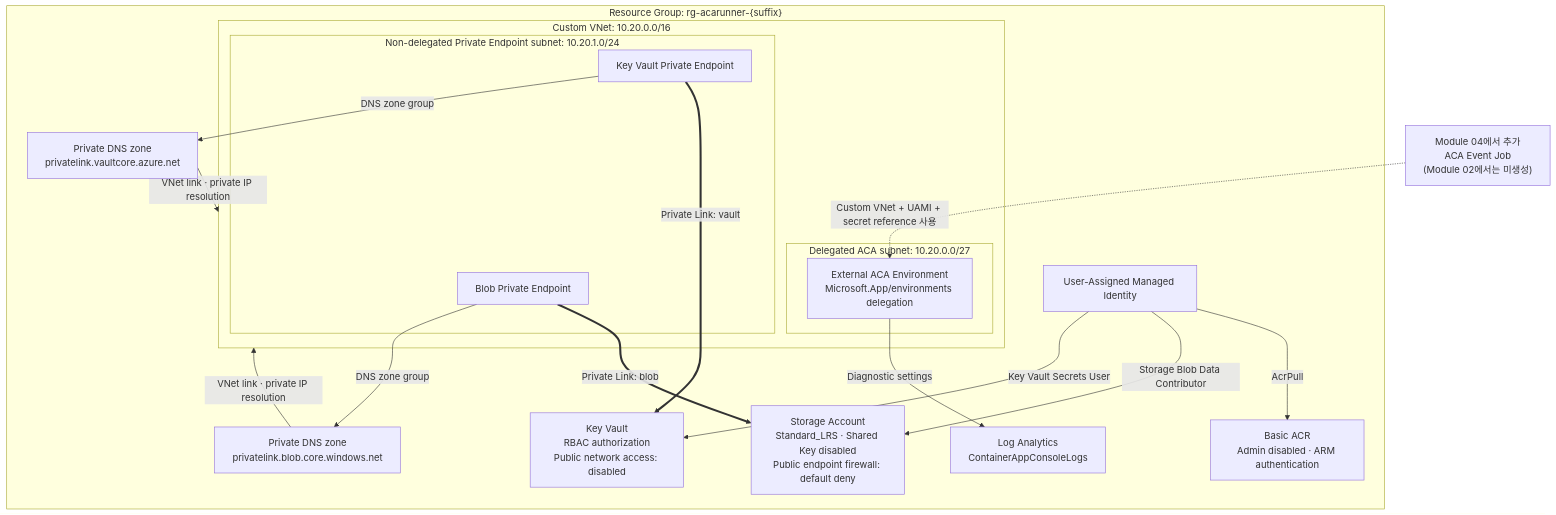
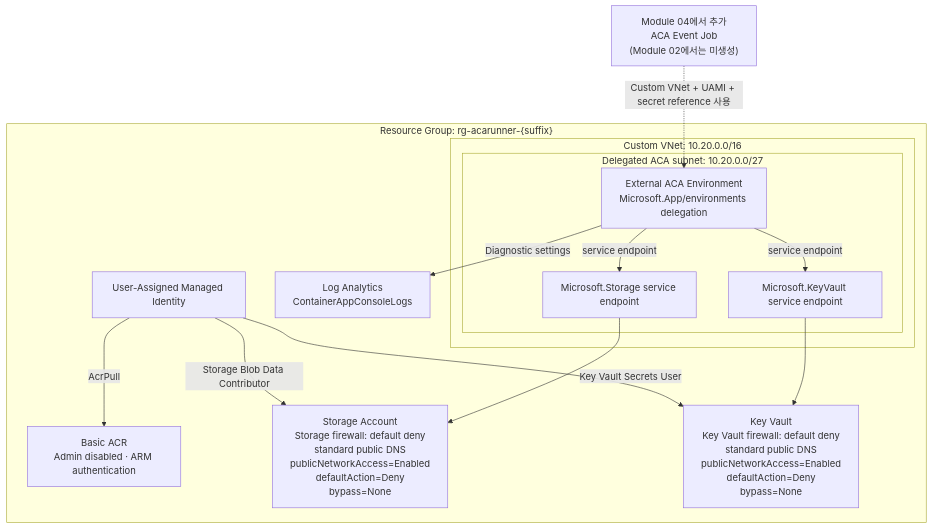
The diagram in docs/02-azure-foundation.md (freeman9844/aca-github-runner-workshop-private), drawn with Mermaid before and after one commit. The commit also changed other lines of this file and 6 other files, not shown here.

Commit message:
docs: replace Private Link foundation with service endpoints

````diff
--- a/docs/02-azure-foundation.md
+++ b/docs/02-azure-foundation.md
@@ -11,38 +9,30 @@
 ```mermaid
 flowchart TB
   next["Module 04에서 추가<br/>ACA Event Job<br/>(Module 02에서는 미생성)"]
 
   subgraph rg["Resource Group: rg-acarunner-{suffix}"]
     log["Log Analytics<br/>ContainerAppConsoleLogs"]
     acr["Basic ACR<br/>Admin disabled · ARM authentication"]
     uami["User-Assigned Managed Identity"]
-    storage["Storage Account<br/>Standard_LRS · Shared Key disabled<br/>Public endpoint firewall: default deny"]
-    kv["Key Vault<br/>RBAC authorization<br/>Public network access: disabled"]
+    storage["Storage Account<br/>Storage firewall: default deny<br/>standard public DNS<br/>publicNetworkAccess=Enabled<br/>defaultAction=Deny<br/>bypass=None"]
+    kv["Key Vault<br/>Key Vault firewall: default deny<br/>standard public DNS<br/>publicNetworkAccess=Enabled<br/>defaultAction=Deny<br/>bypass=None"]
 
     subgraph vnet["Custom VNet: 10.20.0.0/16"]
       subgraph acaSubnet["Delegated ACA subnet: 10.20.0.0/27"]
         env["External ACA Environment<br/>Microsoft.App/environments delegation"]
-      end
-
-      subgraph peSubnet["Non-delegated Private Endpoint subnet: 10.20.1.0/24"]
-        bpe["Blob Private Endpoint"]
-        kvpe["Key Vault Private Endpoint"]
+        storageSe["Microsoft.Storage service endpoint"]
+        keyVaultSe["Microsoft.KeyVault service endpoint"]
       end
     end
-
-    bdns["Private DNS zone<br/>privatelink.blob.core.windows.net"]
-    kvdns["Private DNS zone<br/>privatelink.vaultcore.azure.net"]
   end
 
   env -->|"Diagnostic settings"| log
-  bpe ==>|"Private Link: blob"| storage
-  kvpe ==>|"Private Link: vault"| kv
-  bpe -->|"DNS zone group"| bdns
-  kvpe -->|"DNS zone group"| kvdns
-  bdns -->|"VNet link · private IP resolution"| vnet
-  kvdns -->|"VNet link · private IP resolution"| vnet
+  env -->|"service endpoint"| storageSe
+  storageSe --> storage
+  env -->|"service endpoint"| keyVaultSe
+  keyVaultSe --> kv
   uami -->|"AcrPull"| acr
   uami -->|"Storage Blob Data Contributor"| storage
   uami -->|"Key Vault Secrets User"| kv
   next -.->|"Custom VNet + UAMI + secret reference 사용"| env
 ```
````
